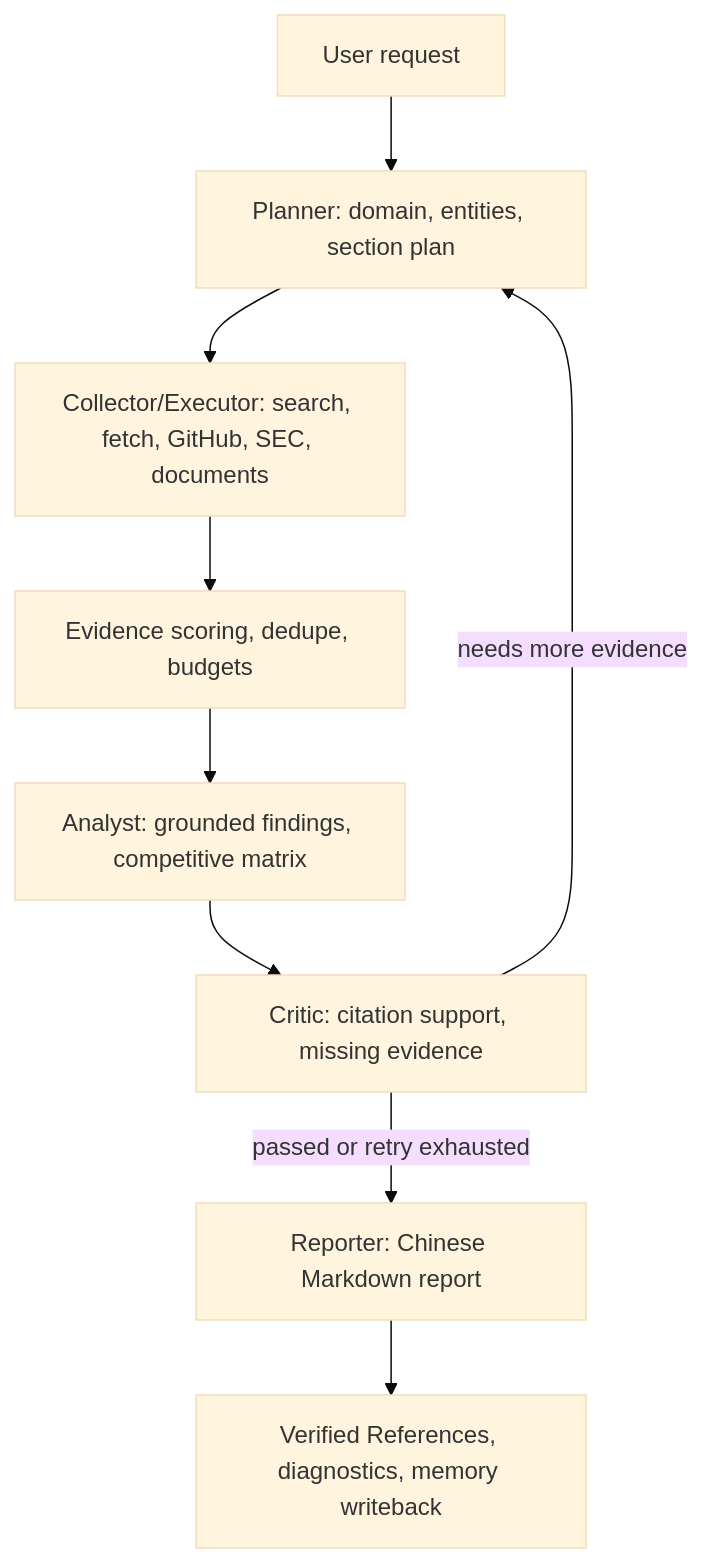
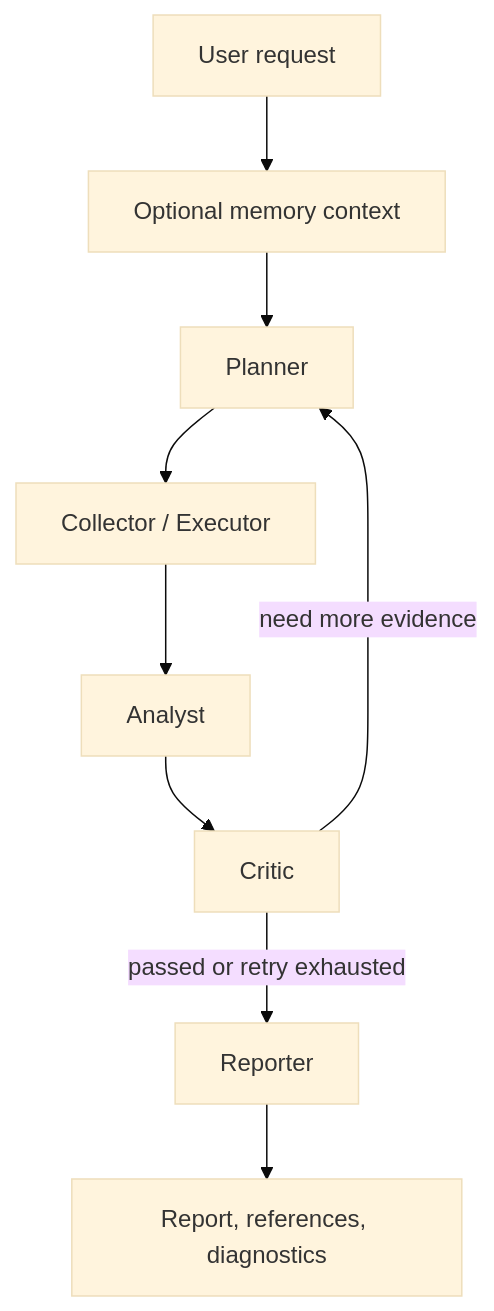
One commit to Caser-86/InsightGraph changed the diagram in README.md. Above: the diagram before and after it, drawn with Mermaid (base theme). The commit also changed other lines of this file and 16 other files, not shown here.

````diff
--- a/README.md
+++ b/README.md
@@ -67,11 +46,11 @@
 ```mermaid
 flowchart TB
-    A[User request] --> B[Planner: domain, entities, section plan]
-    B --> C[Collector/Executor: search, fetch, GitHub, SEC, documents]
-    C --> D[Evidence scoring, dedupe, budgets]
-    D --> E[Analyst: grounded findings, competitive matrix]
-    E --> F[Critic: citation support, missing evidence]
-    F -->|needs more evidence| B
-    F -->|passed or retry exhausted| G[Reporter: Chinese Markdown report]
-    G --> H[Verified References, diagnostics, memory writeback]
+    A[User request] --> B[Optional memory context]
+    B --> C[Planner]
+    C --> D[Collector / Executor]
+    D --> E[Analyst]
+    E --> F[Critic]
+    F -->|need more evidence| C
+    F -->|passed or retry exhausted| G[Reporter]
+    G --> H[Report, references, diagnostics]
 ```
````
